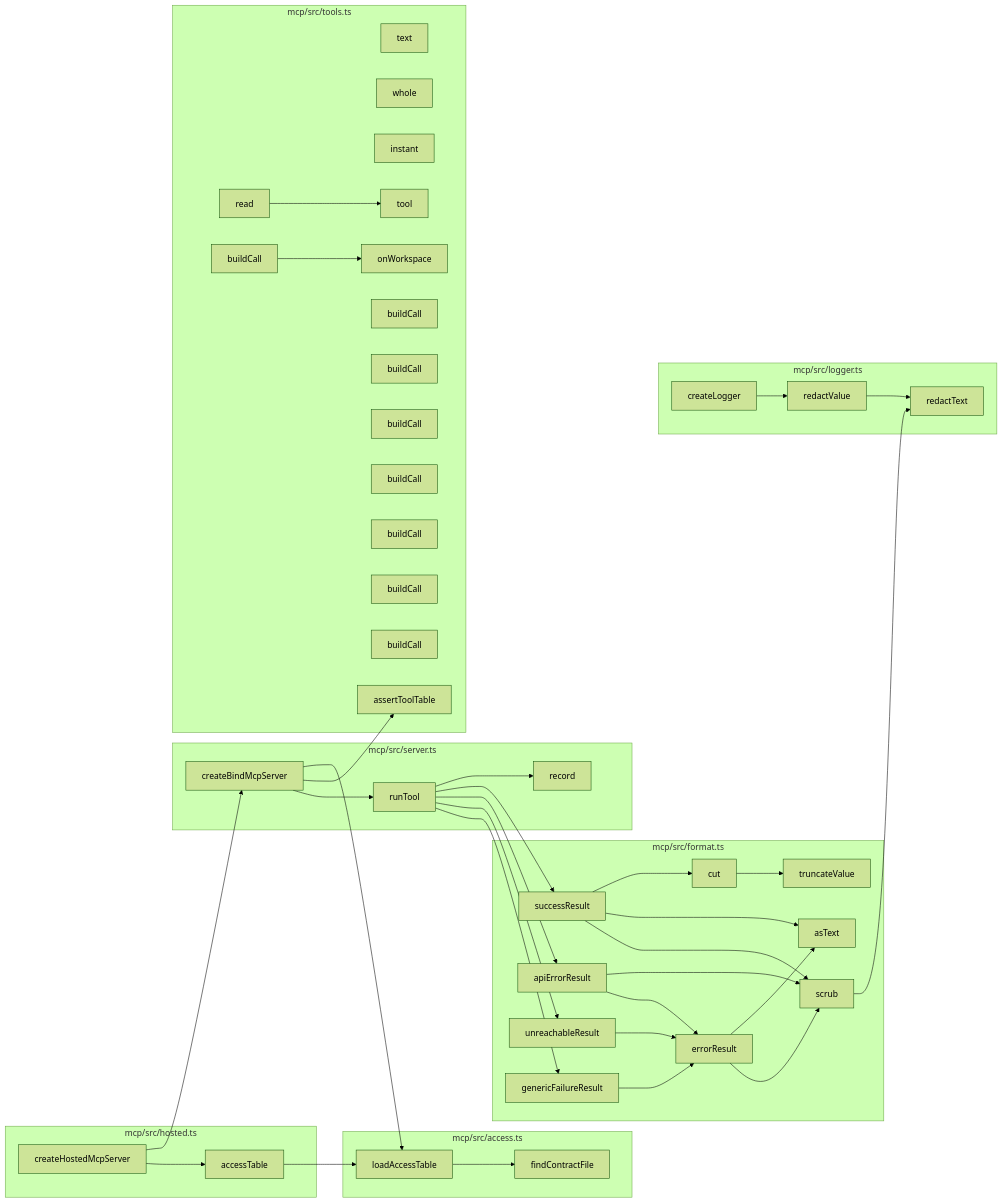
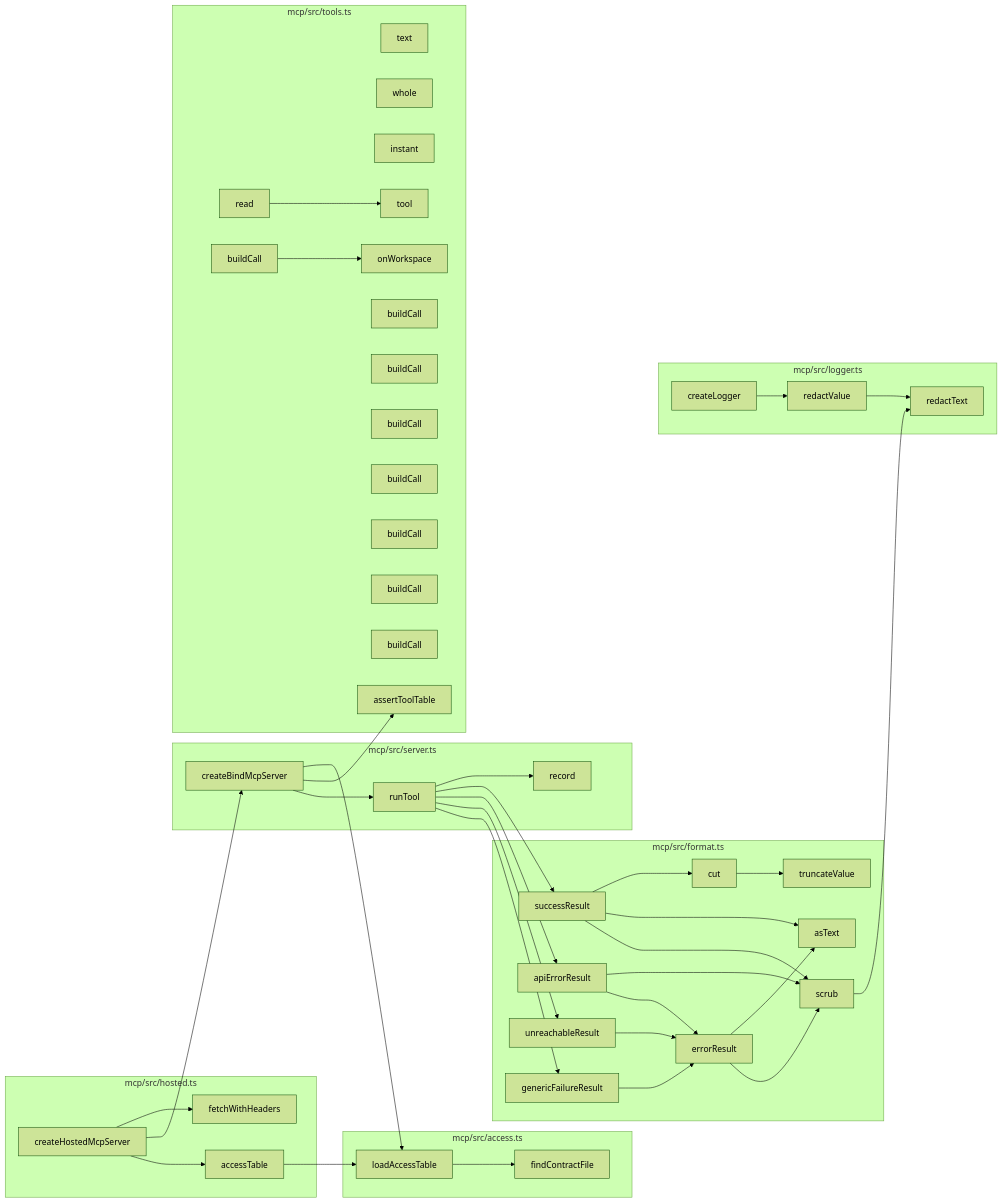
Before and after one commit to Jaydearcadian/bind: the second of 5 diagrams in docs/CODEBASE_MAP.md, drawn with Mermaid (forest theme). The commit also changed other lines of this file and 16 other files, not shown here.

````diff
--- a/docs/CODEBASE_MAP.md
+++ b/docs/CODEBASE_MAP.md
@@ -879,76 +156,78 @@
 ```mermaid
 flowchart LR
   subgraph F0["mcp/src/access.ts"]
     n0["findContractFile"]
     n1["loadAccessTable"]
   end
   subgraph F1["mcp/src/format.ts"]
     n2["truncateValue"]
     n3["cut"]
     n4["scrub"]
     n5["asText"]
     n6["successResult"]
     n7["errorResult"]
     n8["apiErrorResult"]
     n9["unreachableResult"]
     n10["genericFailureResult"]
   end
   subgraph F2["mcp/src/hosted.ts"]
     n11["accessTable"]
-    n12["createHostedMcpServer"]
+    n12["fetchWithHeaders"]
+    n13["createHostedMcpServer"]
   end
   subgraph F3["mcp/src/logger.ts"]
-    n13["redactText"]
-    n14["redactValue"]
-    n15["createLogger"]
+    n14["redactText"]
+    n15["redactValue"]
+    n16["createLogger"]
   end
   subgraph F4["mcp/src/server.ts"]
-    n16["createBindMcpServer"]
-    n17["runTool"]
-    n18["record"]
+    n17["createBindMcpServer"]
+    n18["runTool"]
+    n19["record"]
   end
   subgraph F5["mcp/src/tools.ts"]
-    n19["text"]
-    n20["whole"]
-    n21["instant"]
-    n22["tool"]
-    n23["onWorkspace"]
-    n24["read"]
-    n25["buildCall"]
+    n20["text"]
+    n21["whole"]
+    n22["instant"]
+    n23["tool"]
+    n24["onWorkspace"]
+    n25["read"]
     n26["buildCall"]
     n27["buildCall"]
     n28["buildCall"]
     n29["buildCall"]
     n30["buildCall"]
     n31["buildCall"]
     n32["buildCall"]
-    n33["assertToolTable"]
+    n33["buildCall"]
+    n34["assertToolTable"]
   end
   n1 --> n0
   n3 --> n2
-  n4 --> n13
+  n4 --> n14
   n6 --> n3
   n6 --> n5
   n6 --> n4
   n7 --> n5
   n7 --> n4
   n8 --> n4
   n8 --> n7
   n9 --> n7
   n10 --> n7
   n11 --> n1
-  n12 --> n16
-  n12 --> n11
-  n14 --> n13
+  n13 --> n12
+  n13 --> n17
+  n13 --> n11
   n15 --> n14
-  n16 --> n1
-  n16 --> n33
-  n16 --> n17
+  n16 --> n15
+  n17 --> n1
+  n17 --> n34
   n17 --> n18
-  n17 --> n6
-  n17 --> n8
-  n17 --> n9
-  n17 --> n10
-  n24 --> n22
+  n18 --> n19
+  n18 --> n6
+  n18 --> n8
+  n18 --> n9
+  n18 --> n10
   n25 --> n23
+  n26 --> n24
 ```
````
